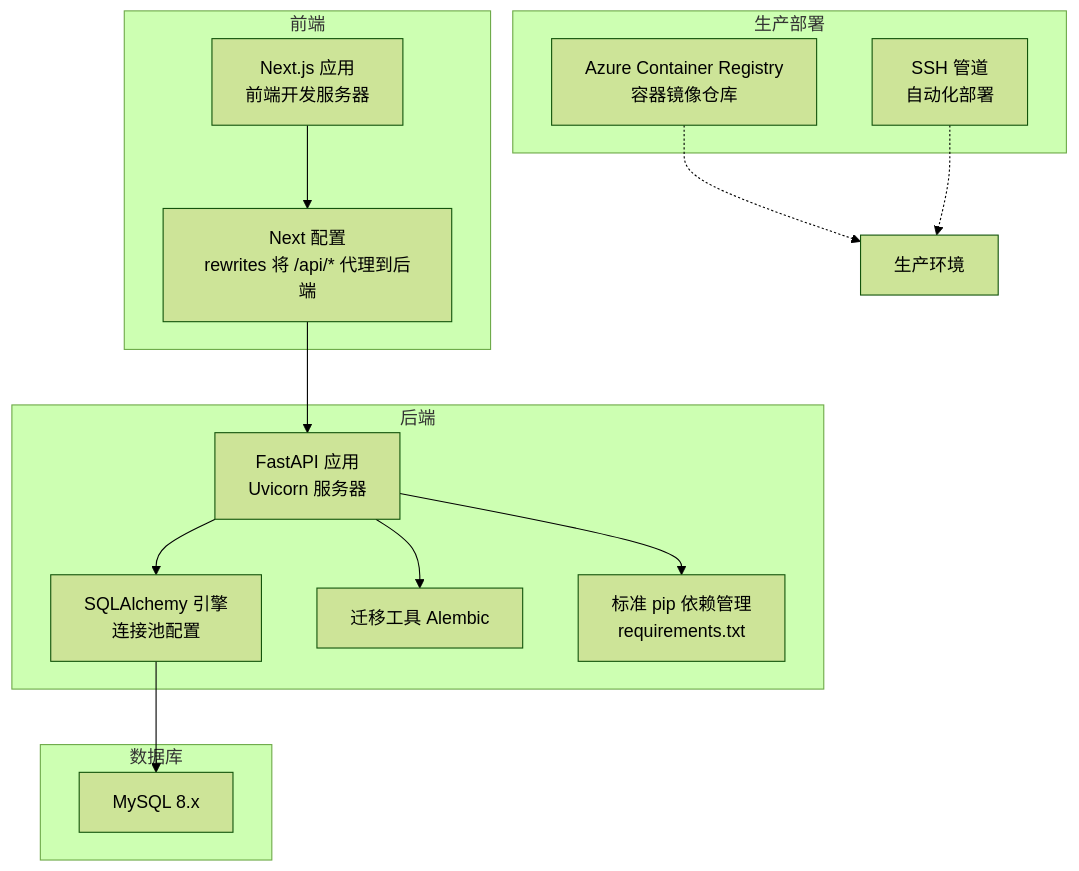
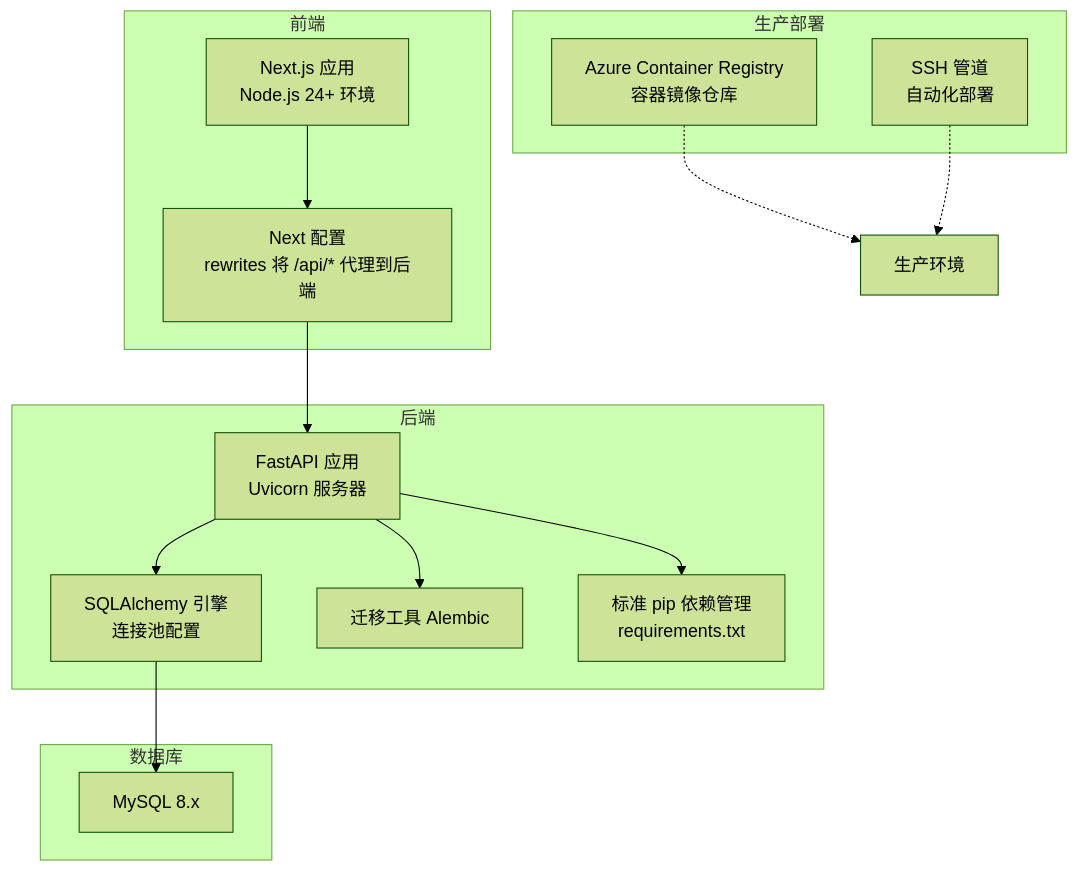
The first of 3 diagrams in .qoder/repowiki/zh/content/开发指南/环境搭建.md (gujialind/InvestRing), drawn with Mermaid (forest theme) before and after one commit. The commit also changed other lines of this file and 32 other files, not shown here.

````diff
--- a/.qoder/repowiki/zh/content/开发指南/环境搭建.md
+++ b/.qoder/repowiki/zh/content/开发指南/环境搭建.md
@@ -59,28 +59,28 @@
 ```mermaid
 graph TB
 subgraph "前端"
-FE_Next["Next.js 应用<br/>前端开发服务器"]
+FE_Next["Next.js 应用<br/>Node.js 24+ 环境"]
 FE_Config["Next 配置<br/>rewrites 将 /api/* 代理到后端"]
 end
 subgraph "后端"
 BE_API["FastAPI 应用<br/>Uvicorn 服务器"]
 BE_DB["SQLAlchemy 引擎<br/>连接池配置"]
 BE_Alembic["迁移工具 Alembic"]
 BE_Pip["标准 pip 依赖管理<br/>requirements.txt"]
 end
 subgraph "数据库"
 MySQL["MySQL 8.x"]
 end
 subgraph "生产部署"
 ACR["Azure Container Registry<br/>容器镜像仓库"]
 SSH["SSH 管道<br/>自动化部署"]
 end
 FE_Next --> FE_Config
 FE_Config --> BE_API
 BE_API --> BE_DB
 BE_DB --> MySQL
 BE_API --> BE_Alembic
 BE_API --> BE_Pip
 ACR -.-> 生产环境
 SSH -.-> 生产环境
 ```
````
